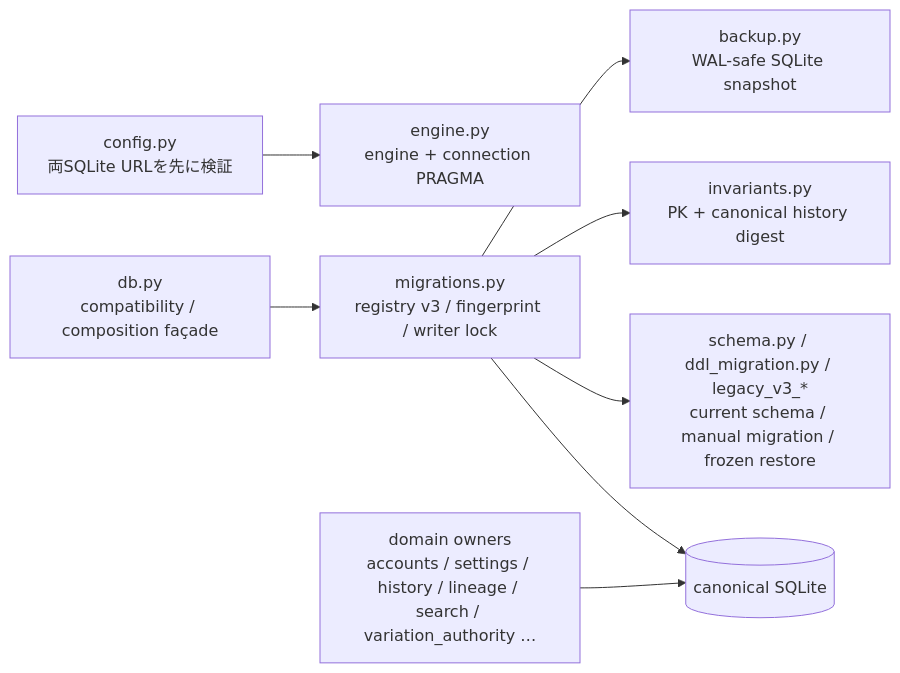
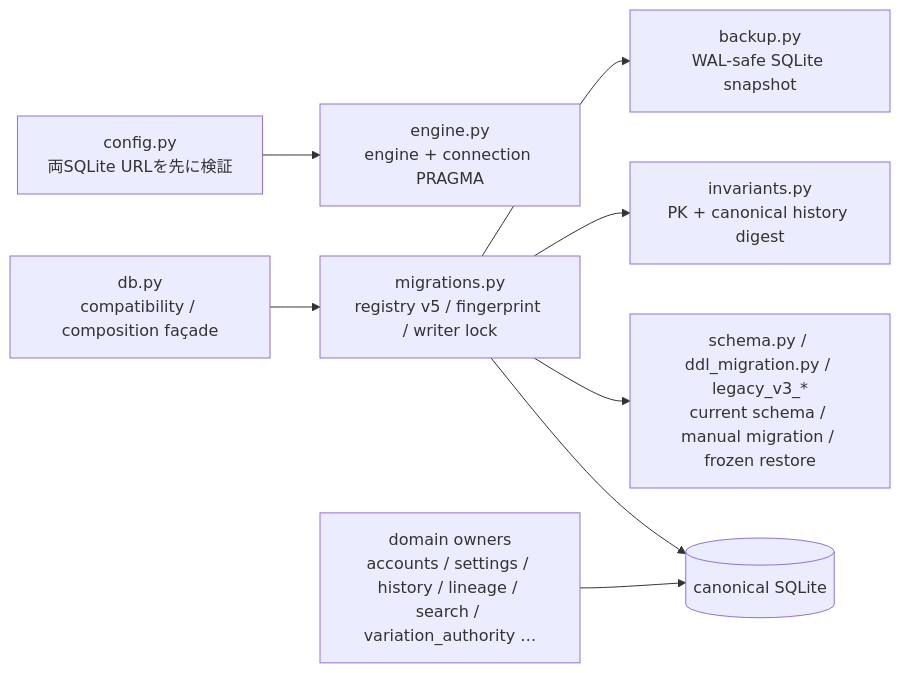
The third of 5 diagrams in docs/architecture/data-history-lineage.ja.md (oikawas/inku-lang), drawn with Mermaid before and after one commit. The commit also changed other lines of this file and 27 other files, not shown here.

First line of the commit message:
Bring the architecture documents up to the current core

````diff
--- a/docs/architecture/data-history-lineage.ja.md
+++ b/docs/architecture/data-history-lineage.ja.md
@@ -100,20 +100,20 @@
 ```mermaid
 flowchart LR
     CONFIG["config.py\n両SQLite URLを先に検証"]
     ENGINE["engine.py\nengine + connection PRAGMA"]
     FACADE["db.py\ncompatibility / composition façade"]
-    MIGRATION["migrations.py\nregistry v3 / fingerprint / writer lock"]
+    MIGRATION["migrations.py\nregistry v5 / fingerprint / writer lock"]
     SNAPSHOT["backup.py\nWAL-safe SQLite snapshot"]
     INVARIANTS["invariants.py\nPK + canonical history digest"]
     SCHEMA["schema.py / ddl_migration.py / legacy_v3_*\ncurrent schema / manual migration / frozen restore"]
     DOMAIN["domain owners\naccounts / settings / history / lineage / search / variation_authority …"]
     DB[("canonical SQLite")]
 
     CONFIG --> ENGINE
     FACADE --> MIGRATION
     MIGRATION --> SNAPSHOT
     MIGRATION --> INVARIANTS
     MIGRATION --> SCHEMA
     MIGRATION --> DB
     DOMAIN --> DB
 ```
````
